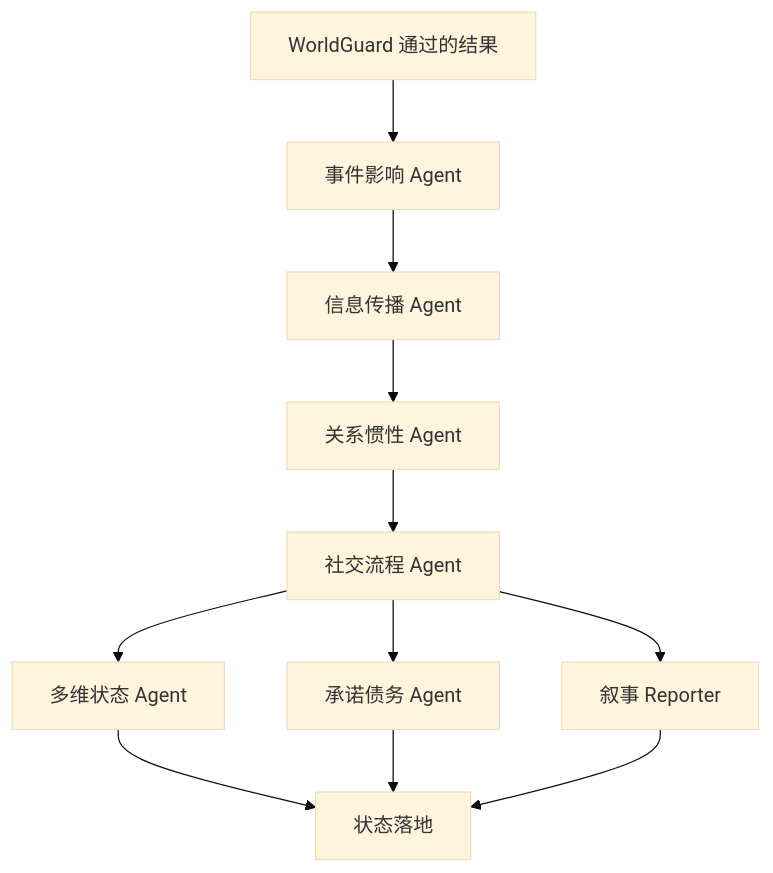
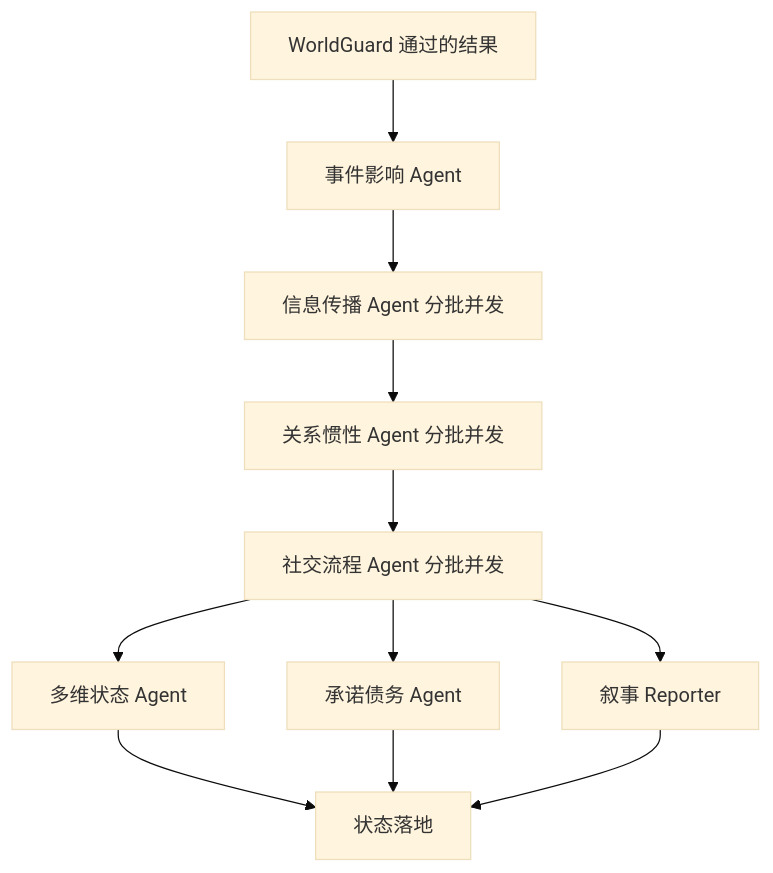
The fourth of 5 diagrams in README.md (Whom001x/agentbox-town), drawn with Mermaid (base theme) before and after one commit. The commit also changed other lines of this file and 1 other file, not shown here.

````diff
--- a/README.md
+++ b/README.md
@@ -68,13 +94,13 @@
 ```mermaid
 flowchart TD
   A[WorldGuard 通过的结果] --> B[事件影响 Agent]
-  B --> C[信息传播 Agent]
-  C --> D[关系惯性 Agent]
-  D --> E[社交流程 Agent]
+  B --> C[信息传播 Agent 分批并发]
+  C --> D[关系惯性 Agent 分批并发]
+  D --> E[社交流程 Agent 分批并发]
   E --> F[多维状态 Agent]
   E --> G[承诺债务 Agent]
   E --> H[叙事 Reporter]
   F --> I[状态落地]
   G --> I
   H --> I
 ```
````
